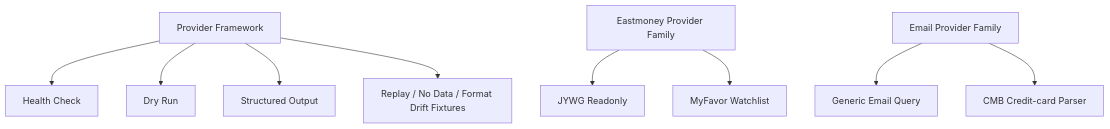
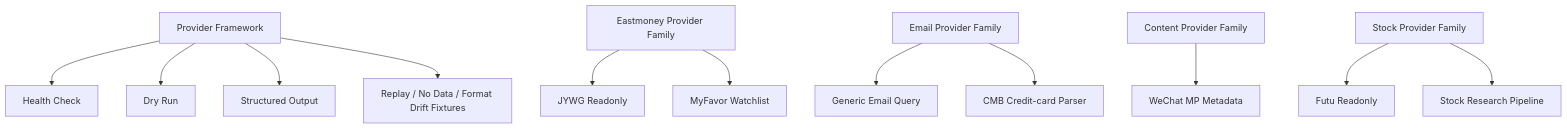
The diagram in website/en/capabilities/providers.md (yuanyunfan/miniclaw), drawn with Mermaid before and after one commit. The commit also changed other lines of this file and 49 other files, not shown here.

````diff
--- a/website/en/capabilities/providers.md
+++ b/website/en/capabilities/providers.md
@@ -20,11 +26,14 @@
 ```mermaid
 flowchart TD
   ProviderFramework[Provider Framework] --> Health[Health Check]
   ProviderFramework --> DryRun[Dry Run]
   ProviderFramework --> Output[Structured Output]
   ProviderFramework --> Fixtures[Replay / No Data / Format Drift Fixtures]
   Eastmoney[Eastmoney Provider Family] --> JYWG[JYWG Readonly]
   Eastmoney --> MyFavor[MyFavor Watchlist]
   Email[Email Provider Family] --> EmailQuery[Generic Email Query]
   Email --> CMB[CMB Credit-card Parser]
+  Content[Content Provider Family] --> WeChat[WeChat MP Metadata]
+  Stock[Stock Provider Family] --> Futu[Futu Readonly]
+  Stock --> Research[Stock Research Pipeline]
 ```
````
